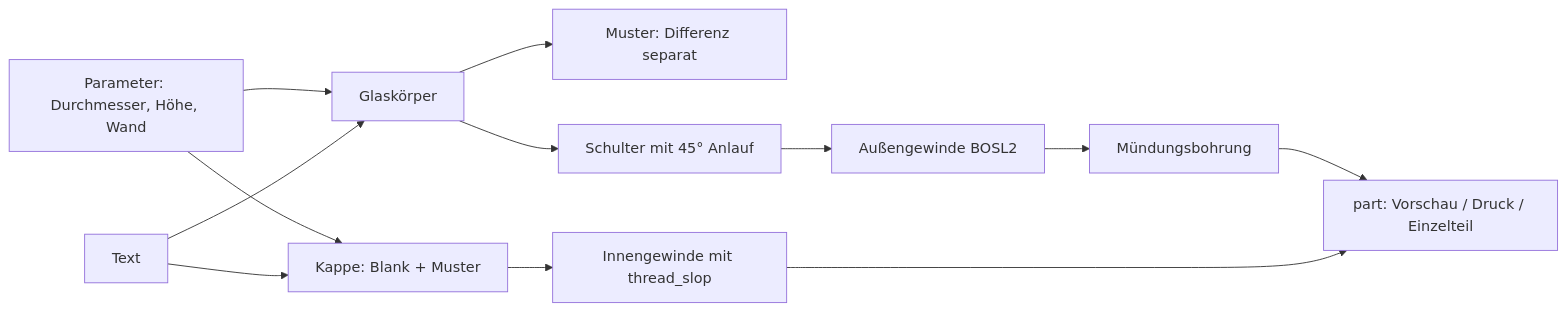
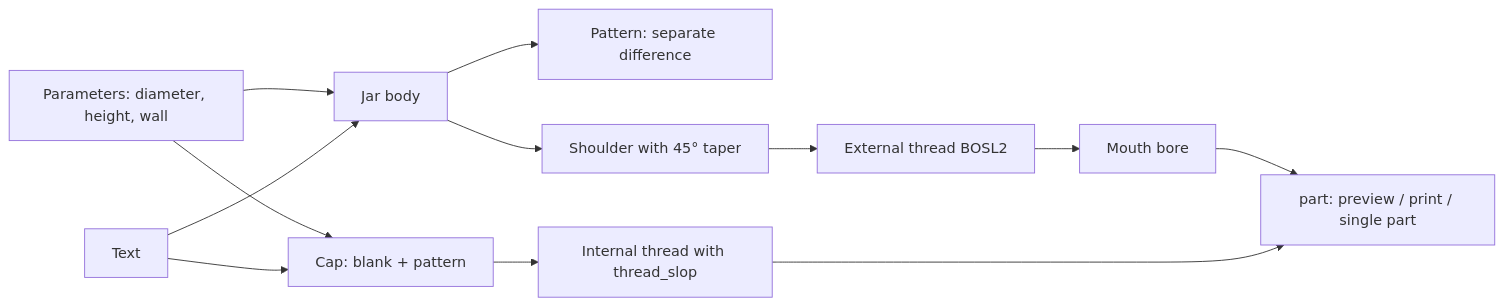
One commit to BetaHydri/parametric-cad-models changed the diagram in models/parametric-screw-jar/README.md. Above: the diagram before and after it, drawn with Mermaid. The commit also changed other lines of this file and 57 other files, not shown here.

````diff
--- a/models/parametric-screw-jar/README.md
+++ b/models/parametric-screw-jar/README.md
@@ -178,14 +180,14 @@
 ```mermaid
 flowchart LR
-    P[Parameter: Durchmesser, Höhe, Wand] --> G[Glaskörper]
-    G --> M[Muster: Differenz separat]
-    G --> L[Schulter mit 45° Anlauf]
-    L --> T[Außengewinde BOSL2]
-    T --> B[Mündungsbohrung]
-    P --> K[Kappe: Blank + Muster]
-    K --> I[Innengewinde mit thread_slop]
+    P[Parameters: diameter, height, wall] --> G[Jar body]
+    G --> M[Pattern: separate difference]
+    G --> L[Shoulder with 45° taper]
+    L --> T[External thread BOSL2]
+    T --> B[Mouth bore]
+    P --> K[Cap: blank + pattern]
+    K --> I[Internal thread with thread_slop]
     X[Text] --> G
     X --> K
-    B --> O[part: Vorschau / Druck / Einzelteil]
+    B --> O[part: preview / print / single part]
     I --> O
 ```
````
